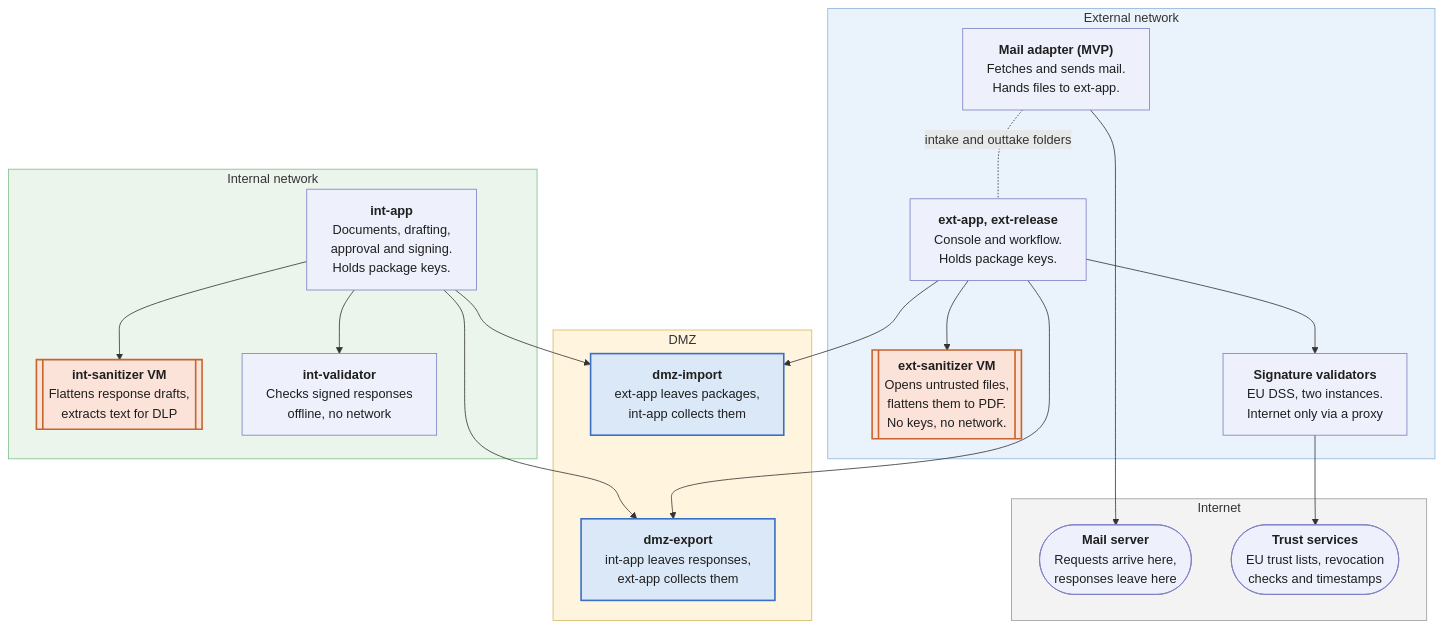
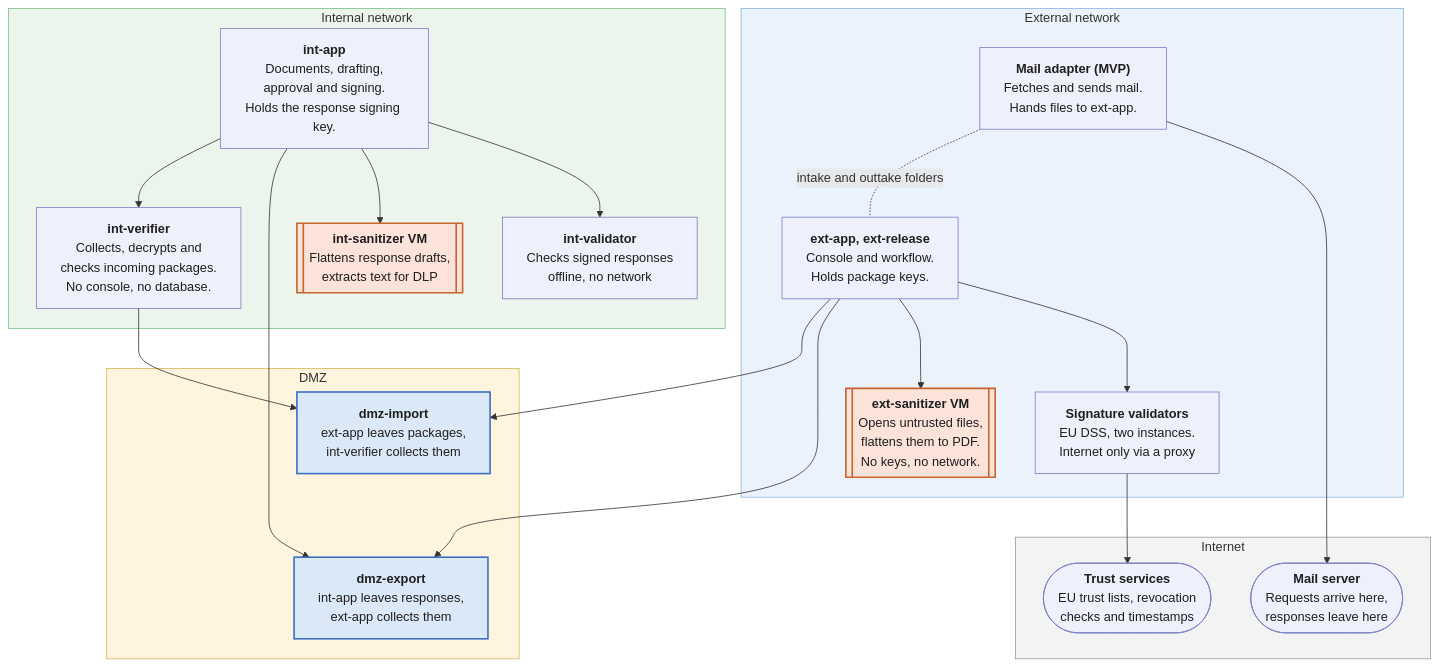
The diagram in document-exchange-proposal.md (tgivslife/dxg-document-gateway), drawn with Mermaid before and after one commit. The commit also changed other lines of this file and 3 other files, not shown here.

````diff
--- a/document-exchange-proposal.md
+++ b/document-exchange-proposal.md
@@ -25,54 +25,56 @@
 ```mermaid
 flowchart TB
     accDescr: DXG parts by network zone. Arrows point from the side that opens the connection, and both networks connect out to the DMZ.
 
     subgraph INT["Internal network"]
-        IAPP["<b>int-app</b><br/>Documents, drafting,<br/>approval and signing.<br/>Holds package keys."]
+        IAPP["<b>int-app</b><br/>Documents, drafting,<br/>approval and signing.<br/>Holds the response signing key."]
+        IVER["<b>int-verifier</b><br/>Collects, decrypts and<br/>checks incoming packages.<br/>No console, no database."]
         ISAN[["<b>int-sanitizer VM</b><br/>Flattens response drafts,<br/>extracts text for DLP"]]
         IVAL["<b>int-validator</b><br/>Checks signed responses<br/>offline, no network"]
     end
 
     subgraph DMZ["DMZ"]
-        IMP["<b>dmz-import</b><br/>ext-app leaves packages,<br/>int-app collects them"]
+        IMP["<b>dmz-import</b><br/>ext-app leaves packages,<br/>int-verifier collects them"]
         EXP["<b>dmz-export</b><br/>int-app leaves responses,<br/>ext-app collects them"]
     end
 
     subgraph EXT["External network"]
         CORE["<b>ext-app, ext-release</b><br/>Console and workflow.<br/>Holds package keys."]
         ADAPTER["<b>Mail adapter (MVP)</b><br/>Fetches and sends mail.<br/>Hands files to ext-app."]
         SAN[["<b>ext-sanitizer VM</b><br/>Opens untrusted files,<br/>flattens them to PDF.<br/>No keys, no network."]]
         VAL["<b>Signature validators</b><br/>EU DSS, two instances.<br/>Internet only via a proxy"]
     end
 
     subgraph NET["Internet"]
         MAIL(["<b>Mail server</b><br/>Requests arrive here,<br/>responses leave here"])
         TRUST(["<b>Trust services</b><br/>EU trust lists, revocation<br/>checks and timestamps"])
     end
 
     %% Each arrow points from the side that opens the connection.
-    IAPP --> IMP
+    IVER --> IMP
+    IAPP --> IVER
     IAPP --> EXP
     IAPP --> ISAN
     IAPP --> IVAL
     CORE --> IMP
     CORE --> EXP
     CORE --> SAN
     CORE --> VAL
     ADAPTER -. "intake and outtake folders" .- CORE
     ADAPTER --> MAIL
     VAL --> TRUST
 
     %% Layout only: stack the DMZ hosts so no line runs between them.
     IMP ~~~ EXP
 
     classDef part fill:#eef0fb,stroke:#7b7fc4,color:#1f1f1f
     classDef vm fill:#fbe3d9,stroke:#c8642e,stroke-width:2px,color:#1f1f1f
     classDef dmz fill:#dbe8f7,stroke:#3b6fc4,stroke-width:2px,color:#1f1f1f
-    class MAIL,TRUST,ADAPTER,CORE,VAL,IAPP,IVAL part
+    class MAIL,TRUST,ADAPTER,CORE,VAL,IAPP,IVAL,IVER part
     class SAN,ISAN vm
     class IMP,EXP dmz
     style NET fill:#f3f3f3,stroke:#9a9a9a
     style EXT fill:#eaf2fb,stroke:#8fb4e0
     style DMZ fill:#fff4dd,stroke:#d8b85a
     style INT fill:#ebf5ec,stroke:#7fbf8a
 ```
````
